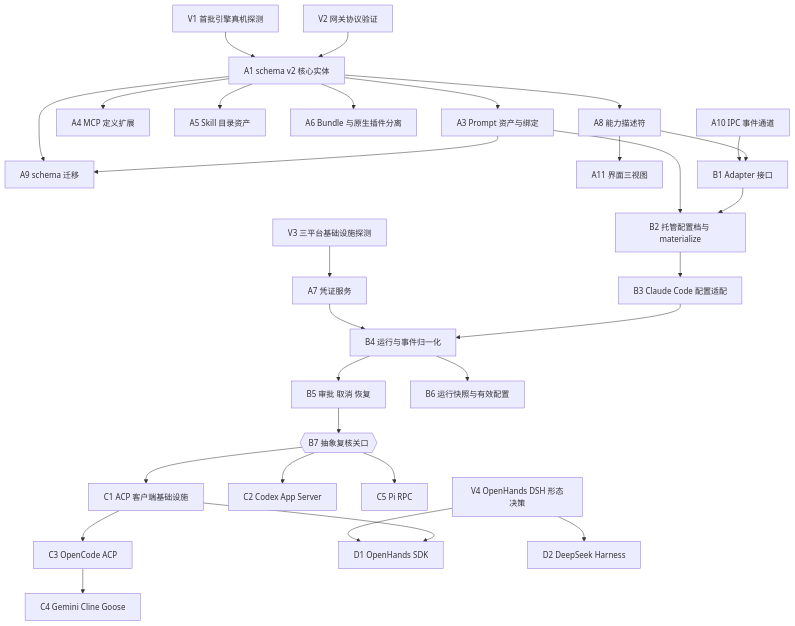
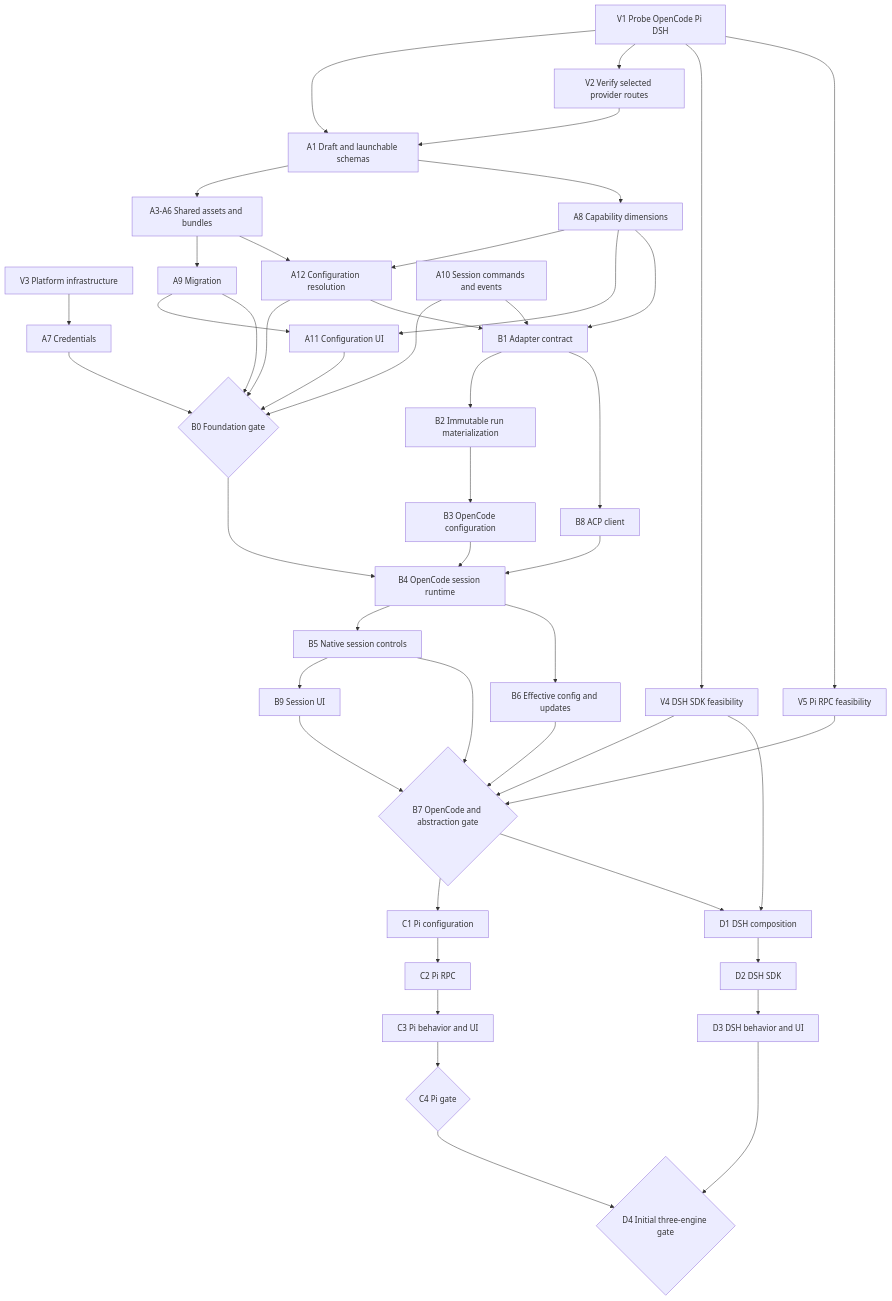
One commit to LHKong7/AgentMatrix changed the diagram in docs/cli-agent-plan.md. Above: the diagram before and after it, drawn with Mermaid. The commit also changed other lines of this file and 3 other files, not shown here.

Commit message:
docs: prioritize OpenCode Pi and DeepSeek Harness integration

````diff
--- a/docs/cli-agent-plan.md
+++ b/docs/cli-agent-plan.md
@@ -31,32 +45,48 @@
 ```mermaid
 flowchart TD
-  V1[V1 首批引擎真机探测] --> A1[A1 schema v2 核心实体]
-  V2[V2 网关协议验证] --> A1
-  V3[V3 三平台基础设施探测] --> A7[A7 凭证服务]
-  A1 --> A3[A3 Prompt 资产与绑定]
-  A1 --> A4[A4 MCP 定义扩展]
-  A1 --> A5[A5 Skill 目录资产]
-  A1 --> A6[A6 Bundle 与原生插件分离]
-  A1 --> A8[A8 能力描述符]
-  A1 --> A9[A9 schema 迁移]
-  A3 --> A9
-  A8 --> A11[A11 界面三视图]
-  A10[A10 IPC 事件通道] --> B1[B1 Adapter 接口]
-  A8 --> B1
-  A3 --> B2[B2 托管配置档与 materialize]
-  B1 --> B2
-  B2 --> B3[B3 Claude Code 配置适配]
-  A7 --> B4[B4 运行与事件归一化]
+  V1[V1 Probe OpenCode Pi DSH] --> A1[A1 Draft and launchable schemas]
+  V1 --> V2[V2 Verify selected provider routes]
+  V2 --> A1
+  V1 --> V4[V4 DSH SDK feasibility]
+  V1 --> V5[V5 Pi RPC feasibility]
+  V3[V3 Platform infrastructure] --> A7[A7 Credentials]
+  A1 --> Assets[A3-A6 Shared assets and bundles]
+  A1 --> A8[A8 Capability dimensions]
+  Assets --> A9[A9 Migration]
+  Assets --> A12[A12 Configuration resolution]
+  A8 --> A12
+  A9 --> A11[A11 Configuration UI]
+  A8 --> A11
+  A7 --> B0{B0 Foundation gate}
+  A9 --> B0
+  A11 --> B0
+  A12 --> B0
+  A10[A10 Session commands and events] --> B0
+  A8 --> B1[B1 Adapter contract]
+  A10 --> B1
+  A12 --> B1
+  B1 --> B2[B2 Immutable run materialization]
+  B2 --> B3[B3 OpenCode configuration]
+  B1 --> B8[B8 ACP client]
+  B0 --> B4[B4 OpenCode session runtime]
   B3 --> B4
-  B4 --> B5[B5 审批 取消 恢复]
-  B4 --> B6[B6 运行快照与有效配置]
-  B5 --> B7{{B7 抽象复核关口}}
-  B7 --> C1[C1 ACP 客户端基础设施]
-  B7 --> C2[C2 Codex App Server]
-  B7 --> C5[C5 Pi RPC]
-  C1 --> C3[C3 OpenCode ACP]
-  C3 --> C4[C4 Gemini Cline Goose]
-  V4[V4 OpenHands DSH 形态决策] --> D1[D1 OpenHands SDK]
-  C1 --> D1
-  V4 --> D2[D2 DeepSeek Harness]
+  B8 --> B4
+  B4 --> B5[B5 Native session controls]
+  B4 --> B6[B6 Effective config and updates]
+  B5 --> B9[B9 Session UI]
+  B5 --> B7{B7 OpenCode and abstraction gate}
+  B6 --> B7
+  B9 --> B7
+  V4 --> B7
+  V5 --> B7
+  B7 --> C1[C1 Pi configuration]
+  C1 --> C2[C2 Pi RPC]
+  C2 --> C3[C3 Pi behavior and UI]
+  C3 --> C4{C4 Pi gate}
+  B7 --> D1[D1 DSH composition]
+  V4 --> D1
+  D1 --> D2[D2 DSH SDK]
+  D2 --> D3[D3 DSH behavior and UI]
+  D3 --> D4{D4 Initial three-engine gate}
+  C4 --> D4
 ```
````
